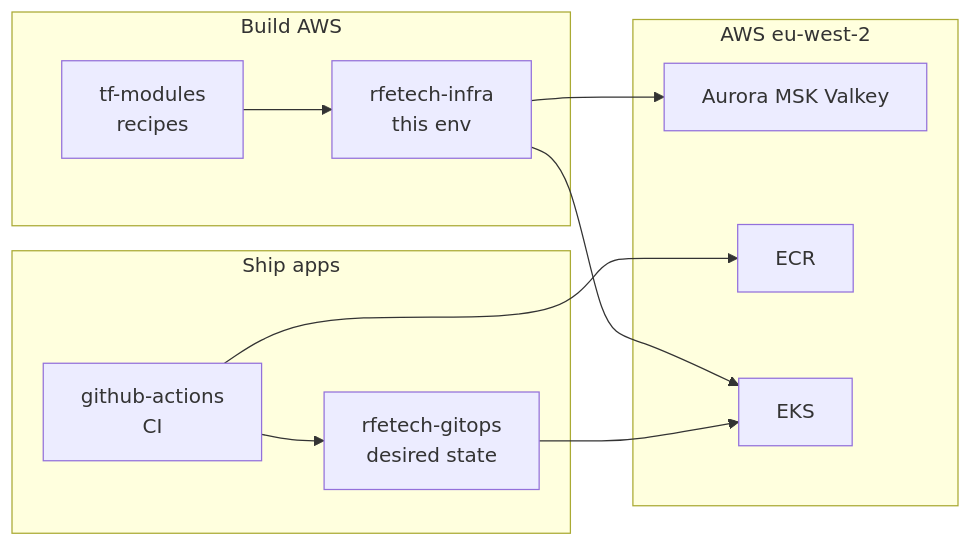
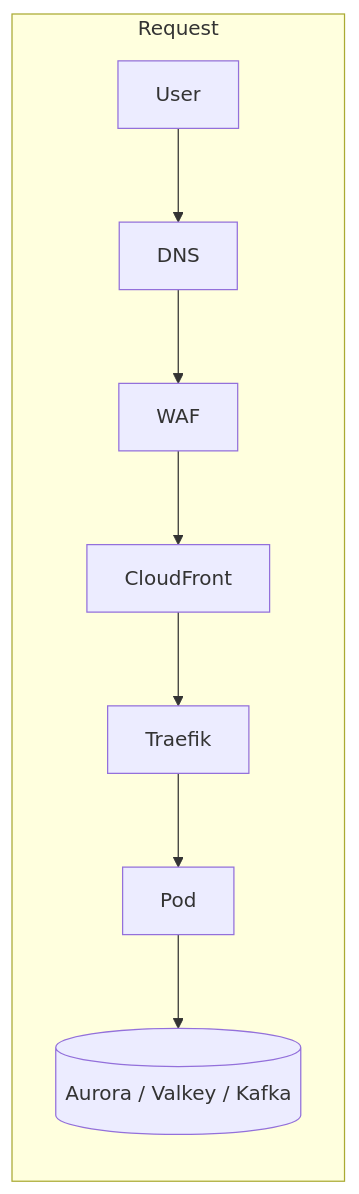
The first of 3 diagrams in docs/infra/index.md (AyushKumar-RFE/falconx-architecture-docs), drawn with Mermaid before and after one commit. The commit also changed other lines of this file and 17 other files, not shown here.

````diff
--- a/docs/infra/index.md
+++ b/docs/infra/index.md
@@ -14,20 +61,11 @@
 ```mermaid
 flowchart LR
-  subgraph build [Build AWS]
-    M[tf-modules<br/>recipes]
-    I[rfetech-infra<br/>this env]
+  subgraph req [Request]
+    U[User] --> DNS[DNS]
+    DNS --> WAF[WAF]
+    WAF --> CF[CloudFront]
+    CF --> T[Traefik]
+    T --> App[Pod]
+    App --> DB[(Aurora / Valkey / Kafka)]
   end
-  subgraph ship [Ship apps]
-    A[github-actions<br/>CI]
-    G[rfetech-gitops<br/>desired state]
-  end
-  subgraph aws [AWS eu-west-2]
-    Data[Aurora MSK Valkey]
-    ECR[ECR]
-    EKS[EKS]
-  end
-  M --> I --> Data
-  I --> EKS
-  A --> ECR
-  A --> G --> EKS
 ```
````
